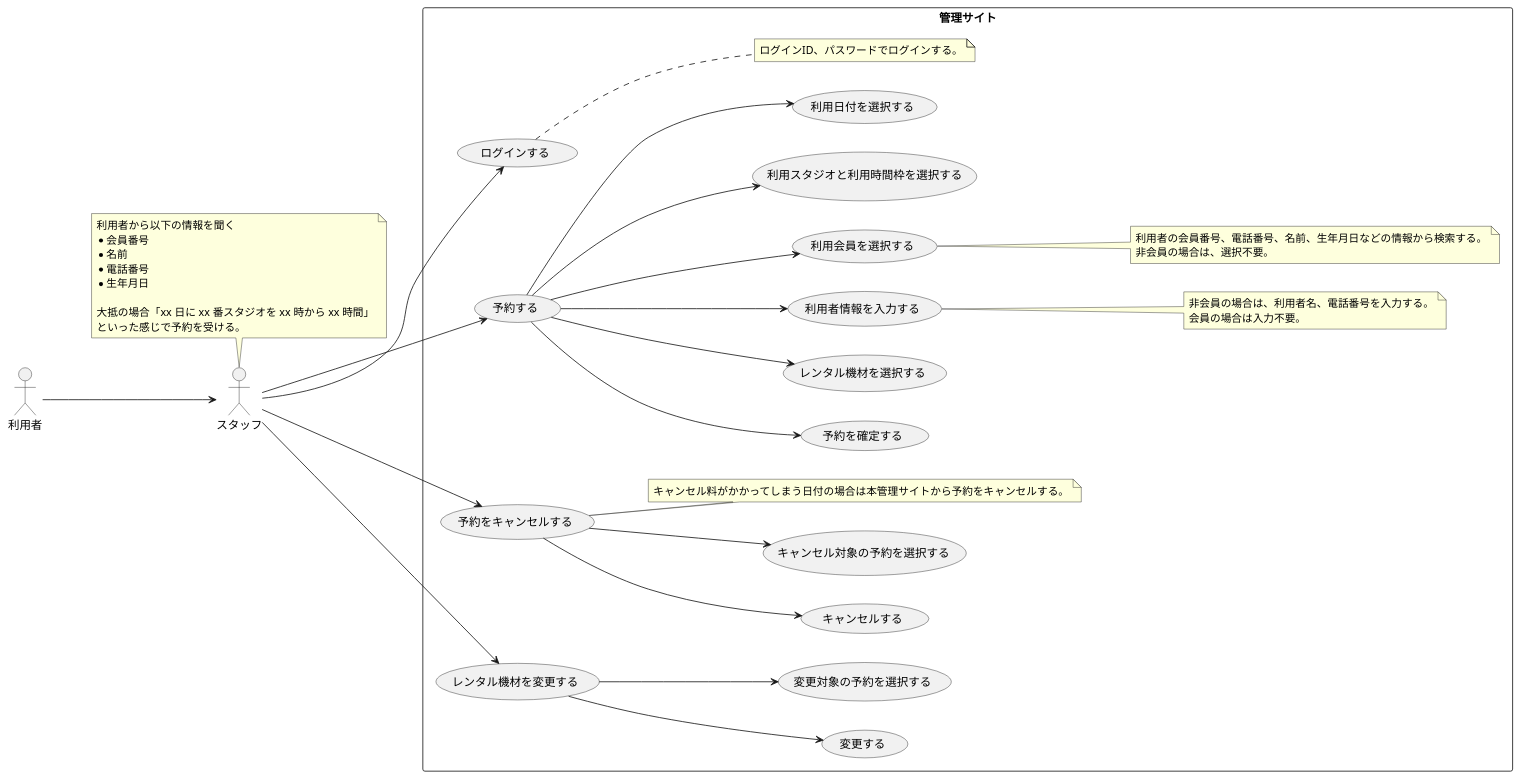
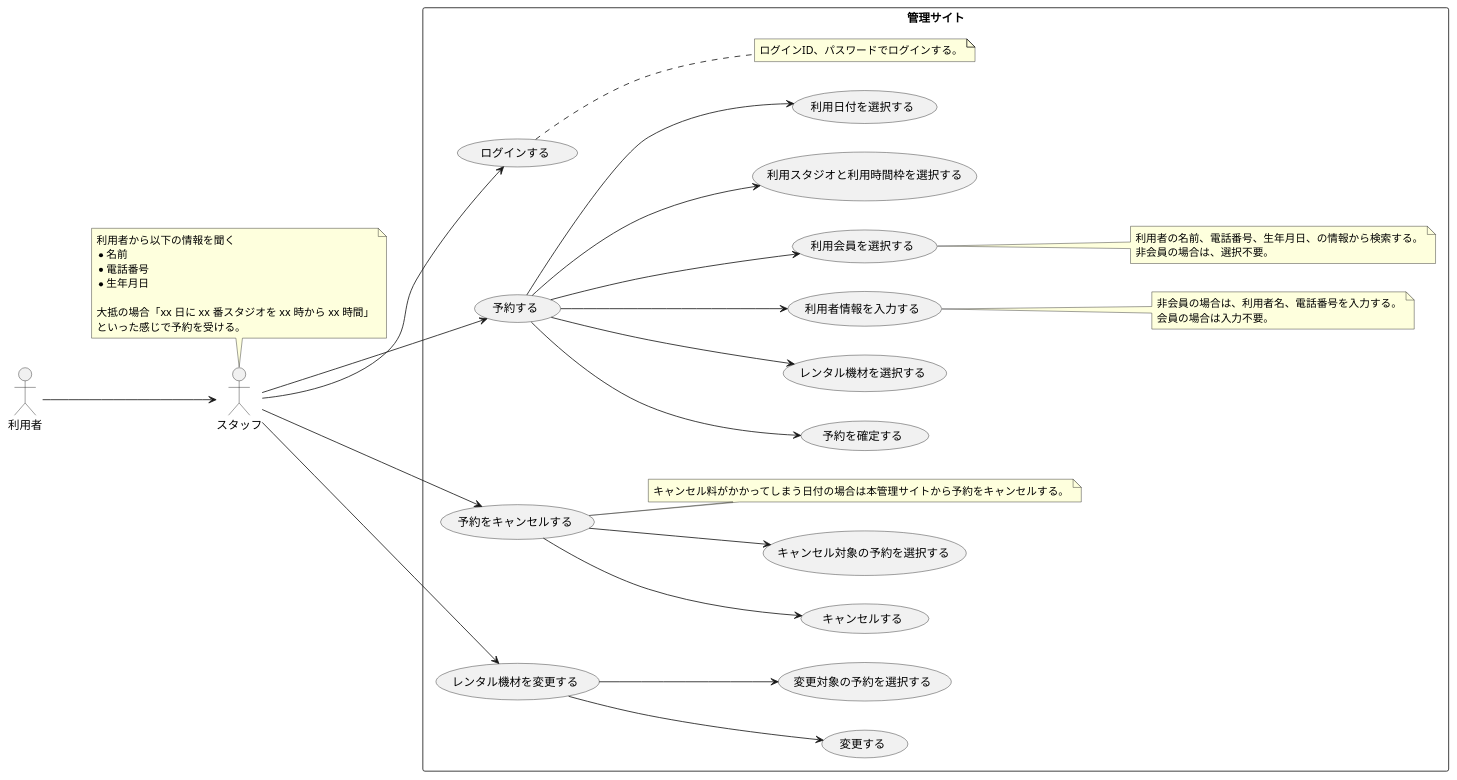
The diagram in modeling/05_Usecase_電話予約.pu (TakashiOnawa/ddd-practice-studio-reservation), drawn with PlantUML before and after one commit. The commit also changed 8 other files, not shown here.

```diff
--- a/modeling/05_Usecase_電話予約.pu
+++ b/modeling/05_Usecase_電話予約.pu
@@ -1,58 +1,57 @@
 @startuml Usecase
 
 left to right direction
 
 actor 利用者
 actor スタッフ
 
 利用者 --> スタッフ
 
 note top of スタッフ
 利用者から以下の情報を聞く
-* 会員番号
 * 名前
 * 電話番号
 * 生年月日
 
 大抵の場合「xx 日に xx 番スタジオを xx 時から xx 時間」
 といった感じで予約を受ける。
 end note
 
 rectangle 管理サイト {
     スタッフ --> (ログインする)
     スタッフ --> (予約する)
     (予約する) --> (予約を確定する)
     (予約する) --> (レンタル機材を選択する)
     (予約する) --> (利用者情報を入力する)
     (予約する) --> (利用会員を選択する)
     (予約する) --> (利用スタジオと利用時間枠を選択する)
     (予約する) --> (利用日付を選択する)
 
     note right of (ログインする)
     ログインID、パスワードでログインする。
     end note
 
     note right of (利用会員を選択する)
-    利用者の会員番号、電話番号、名前、生年月日などの情報から検索する。
+    利用者の名前、電話番号、生年月日、の情報から検索する。
     非会員の場合は、選択不要。
     end note
 
     note right of (利用者情報を入力する)
     非会員の場合は、利用者名、電話番号を入力する。
     会員の場合は入力不要。
     end note
 
     スタッフ --> (予約をキャンセルする)
     (予約をキャンセルする) --> (キャンセルする)
     (予約をキャンセルする) --> (キャンセル対象の予約を選択する)
 
     note right of (予約をキャンセルする)
     キャンセル料がかかってしまう日付の場合は本管理サイトから予約をキャンセルする。
     end note
 
     スタッフ --> (レンタル機材を変更する)
     (レンタル機材を変更する) --> (変更する)
     (レンタル機材を変更する) --> (変更対象の予約を選択する)
 }
 
 @enduml
```
